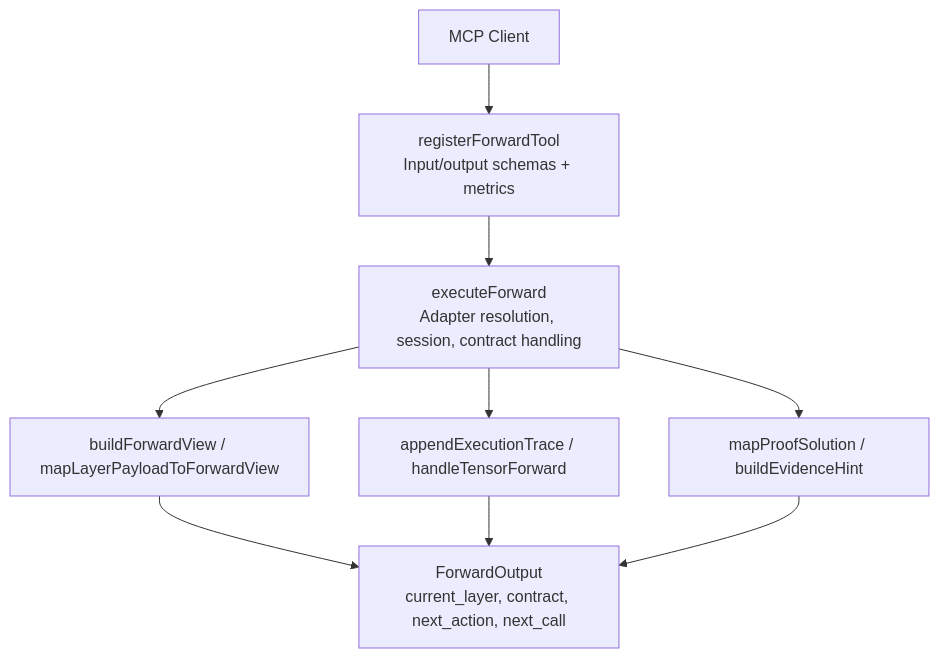
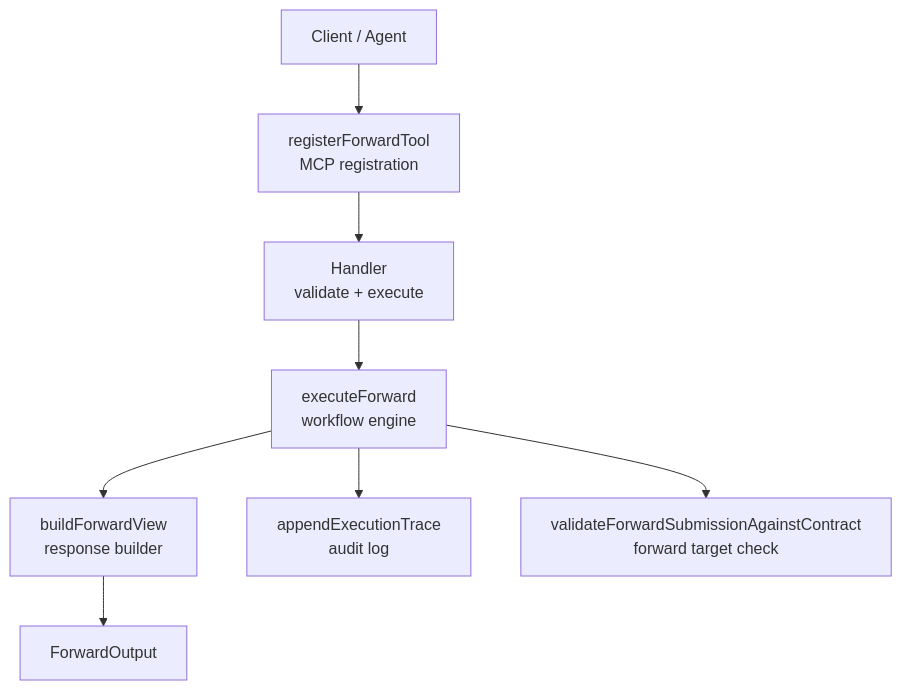
One commit to SquadRules/mcp changed the first of 4 diagrams in .qoder/repowiki/en/content/MCP Tools Reference/Forward Tool.md. Above: the diagram before and after it, drawn with Mermaid. The commit also changed other lines of this file and 553 other files, not shown here.

````diff
--- a/.qoder/repowiki/en/content/MCP Tools Reference/Forward Tool.md
+++ b/.qoder/repowiki/en/content/MCP Tools Reference/Forward Tool.md
@@ -44,11 +45,10 @@
 ```mermaid
 graph TB
-Client["MCP Client"] --> Register["registerForwardTool<br/>Input/output schemas + metrics"]
-Register --> Execute["executeForward<br/>Adapter resolution, session, contract handling"]
-Execute --> View["buildForwardView / mapLayerPayloadToForwardView"]
-Execute --> Trace["appendExecutionTrace / handleTensorForward"]
-Execute --> Helpers["mapProofSolution / buildEvidenceHint"]
-View --> Output["ForwardOutput<br/>current_layer, contract, next_action, next_call"]
-Trace --> Output
-Helpers --> Output
+Client["Client / Agent"] --> Register["registerForwardTool<br/>MCP registration"]
+Register --> Handler["Handler<br/>validate + execute"]
+Handler --> Execute["executeForward<br/>workflow engine"]
+Execute --> View["buildForwardView<br/>response builder"]
+Execute --> Trace["appendExecutionTrace<br/>audit log"]
+Execute --> Match["validateForwardSubmissionAgainstContract<br/>forward target check"]
+View --> Output["ForwardOutput"]
 ```
````
